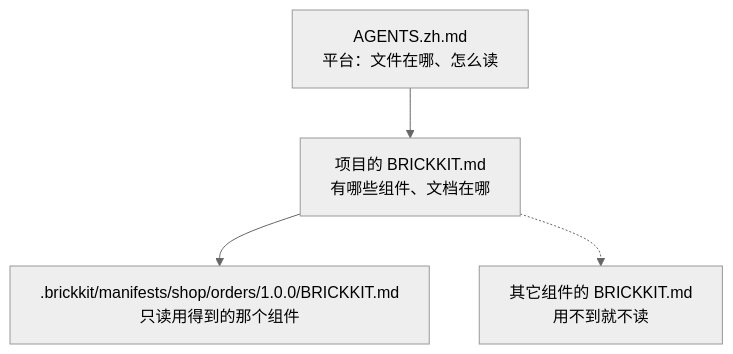
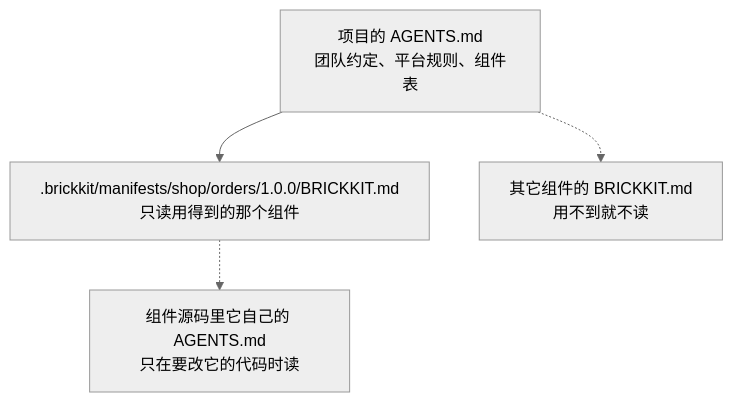
One commit to brickKit/brickKit changed the diagram in docs/zh/00-intro/06-fractal-architecture.md. Above: the diagram before and after it, drawn with Mermaid (neutral theme). The commit also changed other lines of this file and 85 other files, not shown here.

````diff
--- a/docs/zh/00-intro/06-fractal-architecture.md
+++ b/docs/zh/00-intro/06-fractal-architecture.md
@@ -140,6 +157,6 @@
 ```mermaid
 graph TD
-    A["AGENTS.zh.md<br/>平台：文件在哪、怎么读"] --> P["项目的 BRICKKIT.md<br/>有哪些组件、文档在哪"]
-    P --> C1[".brickkit/manifests/shop/orders/1.0.0/BRICKKIT.md<br/>只读用得到的那个组件"]
+    P["项目的 AGENTS.md<br/>团队约定、平台规则、组件表"] --> C1[".brickkit/manifests/shop/orders/1.0.0/BRICKKIT.md<br/>只读用得到的那个组件"]
     P -.-> C2["其它组件的 BRICKKIT.md<br/>用不到就不读"]
+    C1 -.-> D["组件源码里它自己的 AGENTS.md<br/>只在要改它的代码时读"]
 ```
````
